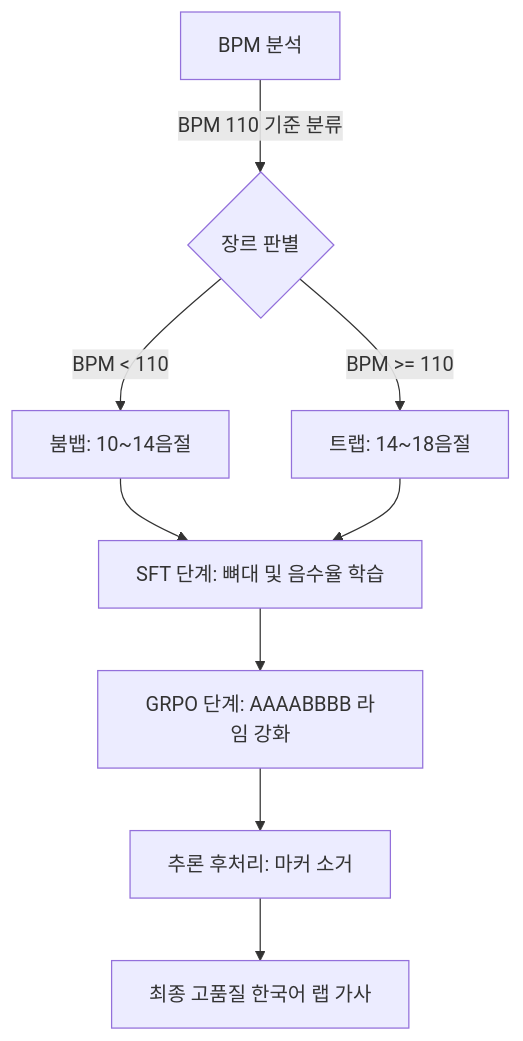
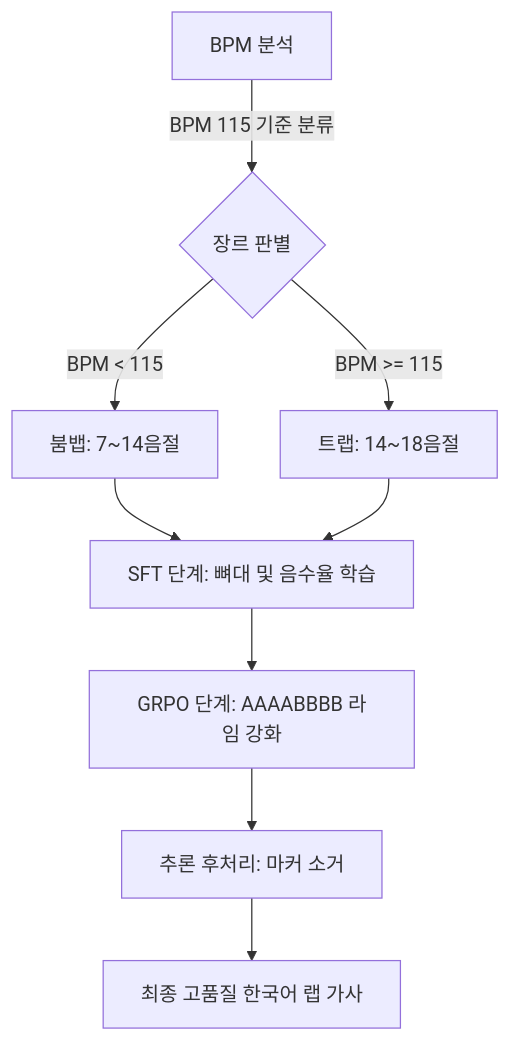
One commit to hnuu785/PMTM changed the diagram in docs/hiphop-beat-and-rap-lyrics.md. Above: the diagram before and after it, drawn with Mermaid. The commit also changed other lines of this file and 7 other files, not shown here.

````diff
--- a/docs/hiphop-beat-and-rap-lyrics.md
+++ b/docs/hiphop-beat-and-rap-lyrics.md
@@ -75,10 +75,10 @@
 ```mermaid
 graph TD
-    A[BPM 분석] -->|BPM 110 기준 분류| B{장르 판별}
-    B -->|BPM < 110| C[붐뱁: 10~14음절]
-    B -->|BPM >= 110| D[트랩: 14~18음절]
+    A[BPM 분석] -->|BPM 115 기준 분류| B{장르 판별}
+    B -->|BPM < 115| C[붐뱁: 7~14음절]
+    B -->|BPM >= 115| D[트랩: 14~18음절]
     C & D --> E[SFT 단계: 뼈대 및 음수율 학습]
     E --> F[GRPO 단계: AAAABBBB 라임 강화]
     F --> G[추론 후처리: 마커 소거]
     G --> H[최종 고품질 한국어 랩 가사]
 ```
````
